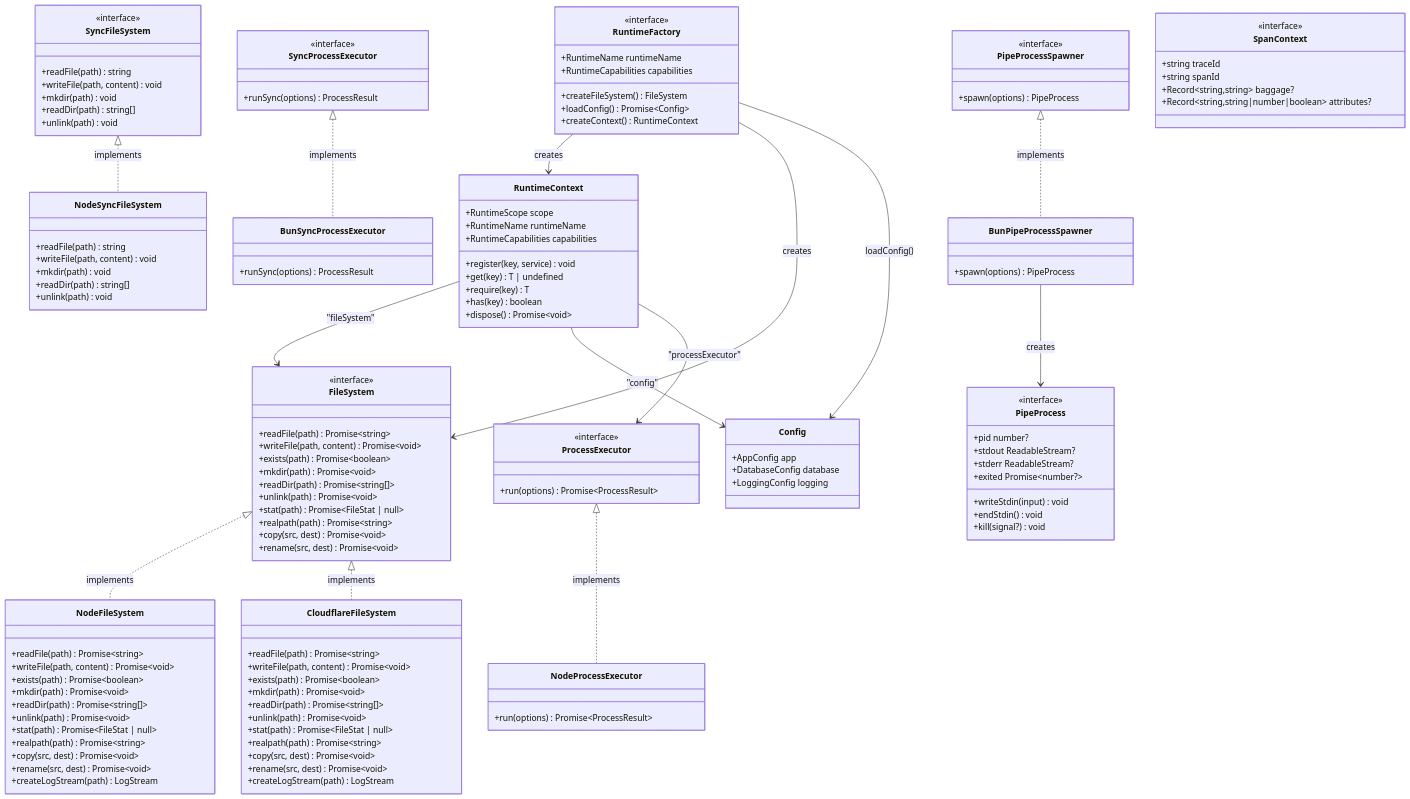
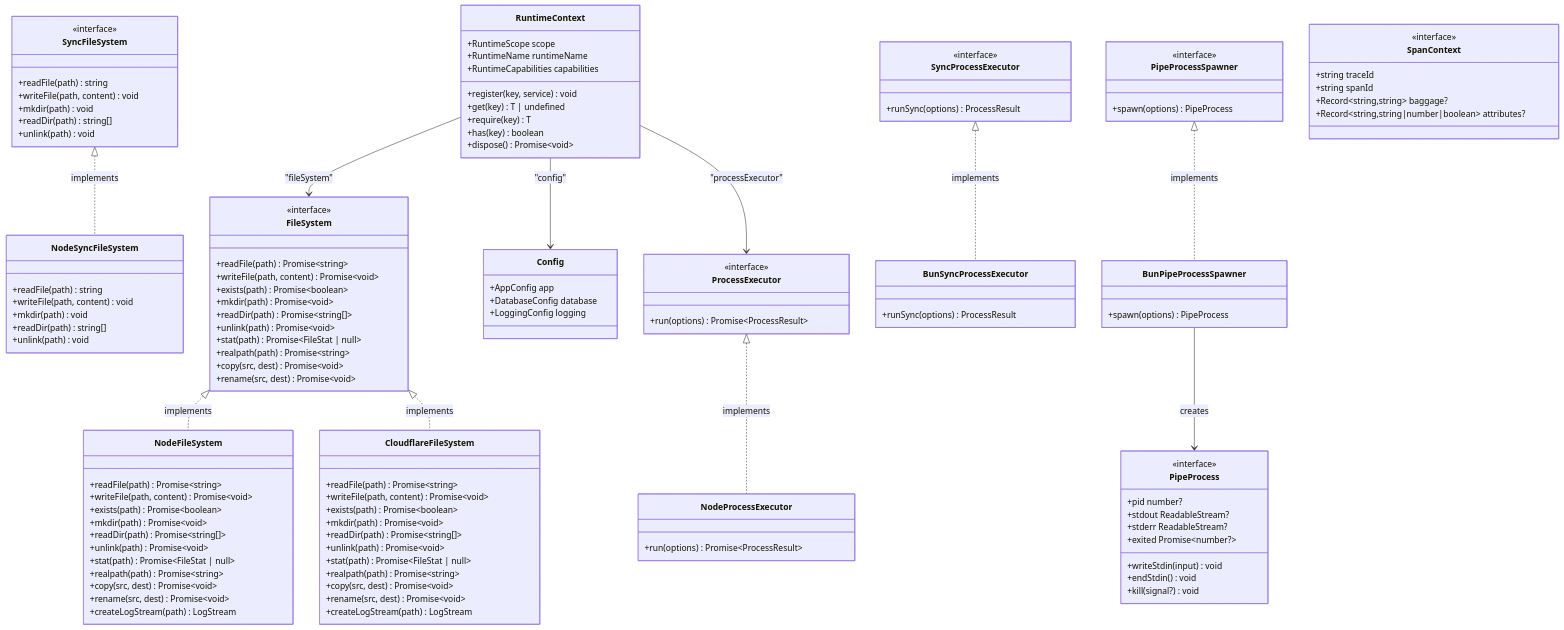
Before and after one commit to gobing-ai/ts-libs: the diagram in packages/runtime/README.md, drawn with Mermaid. The commit also changed other lines of this file, not shown here.

Commit message:
feat(project): project intialization

````diff
--- a/packages/runtime/README.md
+++ b/packages/runtime/README.md
@@ -24,14 +24,5 @@
 ```mermaid
 classDiagram
-    class RuntimeFactory {
-        <<interface>>
-        +RuntimeName runtimeName
-        +RuntimeCapabilities capabilities
-        +createFileSystem() FileSystem
-        +loadConfig() Promise~Config~
-        +createContext() RuntimeContext
-    }
-
     class RuntimeContext {
         +RuntimeScope scope
         +RuntimeName runtimeName
@@ -164,7 +155,4 @@
     RuntimeContext --> FileSystem : "fileSystem"
     RuntimeContext --> Config : "config"
     RuntimeContext --> ProcessExecutor : "processExecutor"
-    RuntimeFactory --> RuntimeContext : creates
-    RuntimeFactory --> FileSystem : creates
-    RuntimeFactory --> Config : loadConfig()
 ```
````
